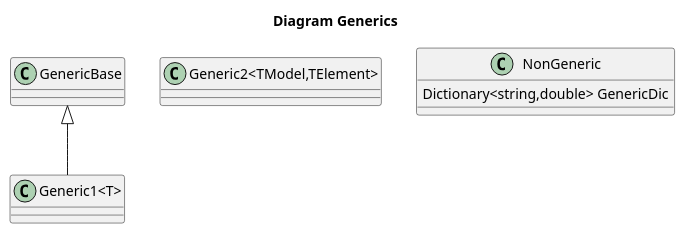
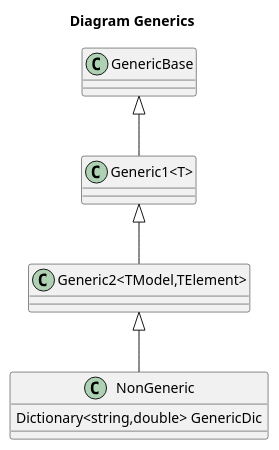
Before and after one commit to isukces/AutoUml: the diagram in docs/testsResults/T11_Should_convert_generics.puml, drawn with PlantUML. The commit also changed 2 other files, not shown here.

Commit message:
better recognizes generic types inheritance

```diff
--- a/docs/testsResults/T11_Should_convert_generics.puml
+++ b/docs/testsResults/T11_Should_convert_generics.puml
@@ -1,21 +1,23 @@
 @startuml
 title
  Diagram Generics
 end title
 
 class GenericBase
 {
 }
 class "Generic1<T>"
 {
 }
 class "Generic2<TModel,TElement>"
 {
 }
 class NonGeneric
 {
     Dictionary<string,double> GenericDic
 }
 
 "Generic1<T>" -up-|> GenericBase
+"Generic2<TModel,TElement>" -up-|> "Generic1<T>"
+NonGeneric -up-|> "Generic2<TModel,TElement>"
 @enduml
```
